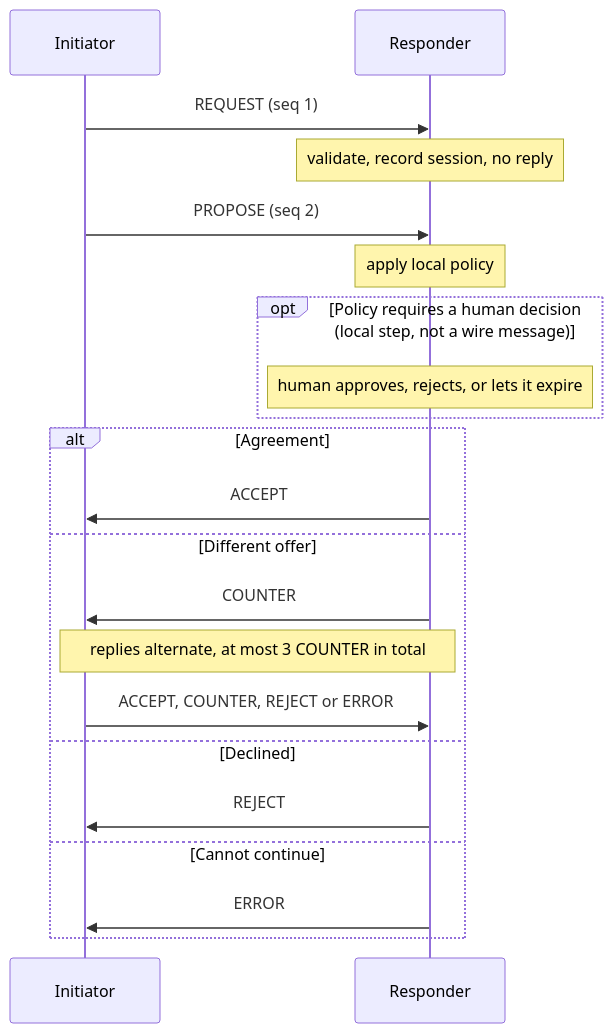
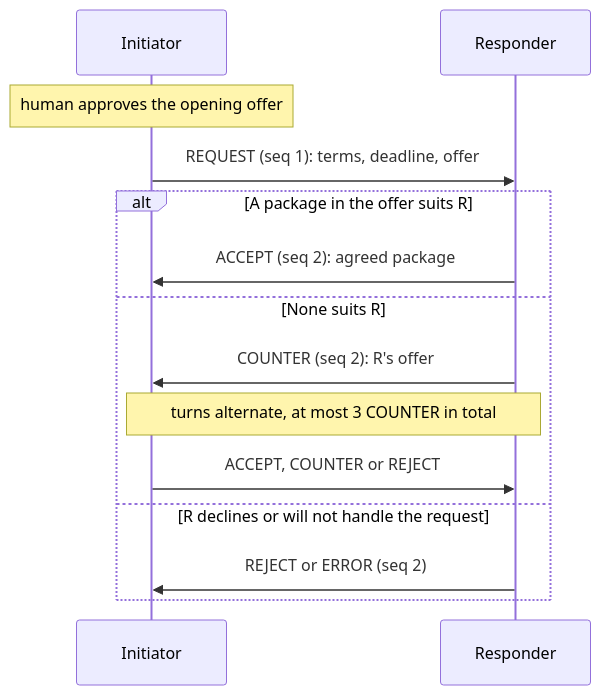
One commit to Maaa2005/aun-protocol changed the diagram in SPEC.md. Above: the diagram before and after it, drawn with Mermaid. The commit also changed other lines of this file and 36 other files, not shown here.

````diff
--- a/SPEC.md
+++ b/SPEC.md
@@ -16,23 +26,16 @@
 ```mermaid
 sequenceDiagram
     participant I as Initiator
     participant R as Responder
-    I->>R: REQUEST (seq 1)
-    Note over R: validate, record session, no reply
-    I->>R: PROPOSE (seq 2)
-    Note over R: apply local policy
-    opt Policy requires a human decision (local step, not a wire message)
-        Note over R: human approves, rejects, or lets it expire
-    end
-    alt Agreement
-        R->>I: ACCEPT
-    else Different offer
-        R->>I: COUNTER
-        Note over I,R: replies alternate, at most 3 COUNTER in total
-        I->>R: ACCEPT, COUNTER, REJECT or ERROR
-    else Declined
-        R->>I: REJECT
-    else Cannot continue
-        R->>I: ERROR
+    Note over I: human approves the opening offer
+    I->>R: REQUEST (seq 1): terms, deadline, offer
+    alt A package in the offer suits R
+        R->>I: ACCEPT (seq 2): agreed package
+    else None suits R
+        R->>I: COUNTER (seq 2): R's offer
+        Note over I,R: turns alternate, at most 3 COUNTER in total
+        I->>R: ACCEPT, COUNTER or REJECT
+    else R declines or will not handle the request
+        R->>I: REJECT or ERROR (seq 2)
     end
 ```
````
